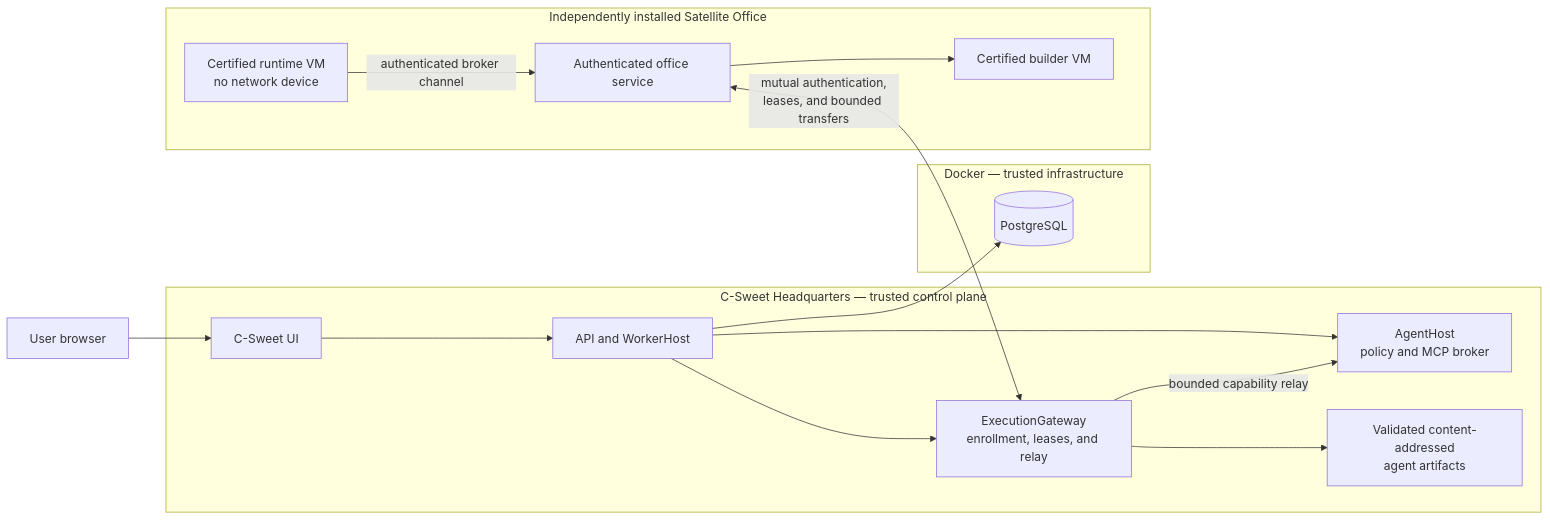
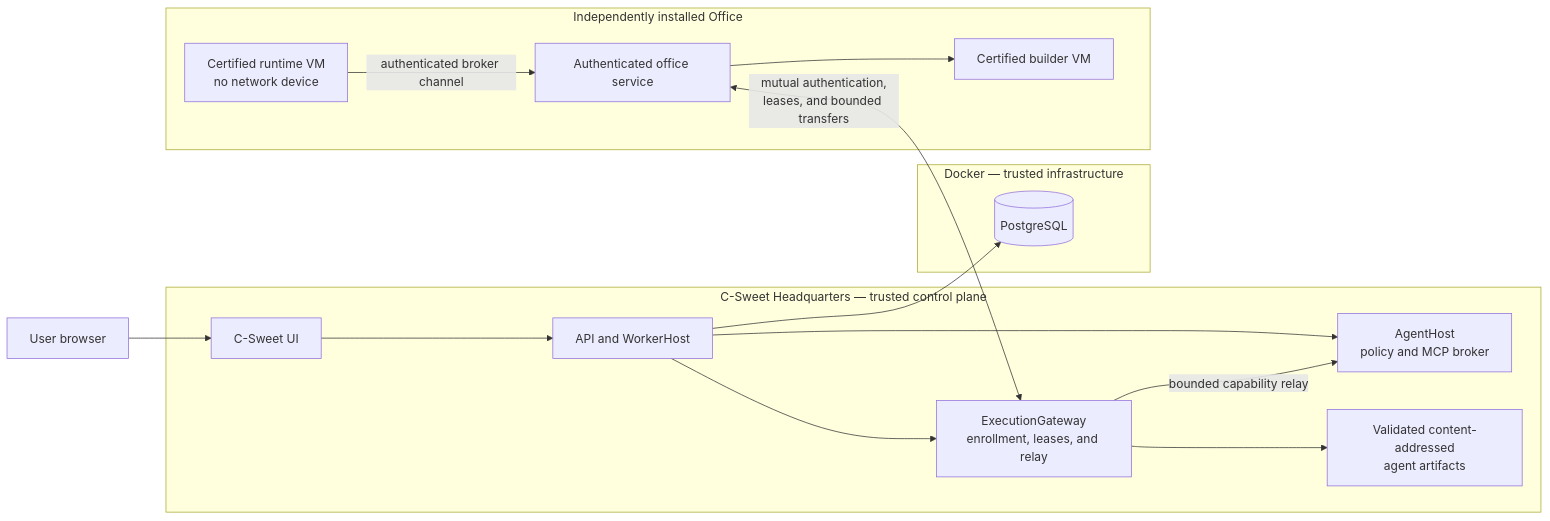
The second of 2 diagrams in README.md (CrosswiredStudios/C-Sweet), drawn with Mermaid before and after one commit. The commit also changed other lines of this file and 67 other files, not shown here.

````diff
--- a/README.md
+++ b/README.md
@@ -199,33 +199,33 @@
 ```mermaid
 flowchart LR
     User["User browser"]
 
     subgraph HQ["C-Sweet Headquarters — trusted control plane"]
         App["C-Sweet UI"]
         API["API and WorkerHost"]
         AgentHost["AgentHost<br/>policy and MCP broker"]
         Gateway["ExecutionGateway<br/>enrollment, leases, and relay"]
         ArtifactStore["Validated content-addressed<br/>agent artifacts"]
         App --> API
         API --> AgentHost
         API --> Gateway
         Gateway --> ArtifactStore
     end
 
     subgraph Docker["Docker — trusted infrastructure"]
         Postgres[("PostgreSQL")]
     end
 
-    subgraph Office["Independently installed Satellite Office"]
+    subgraph Office["Independently installed Office"]
         OfficeService["Authenticated office service"]
         BuilderGuest["Certified builder VM"]
         RuntimeGuest["Certified runtime VM<br/>no network device"]
         OfficeService --> BuilderGuest
         RuntimeGuest -->|"authenticated broker channel"| OfficeService
     end
 
     User --> App
     API --> Postgres
     OfficeService <-->|"mutual authentication,<br/>leases, and bounded transfers"| Gateway
     Gateway -->|"bounded capability relay"| AgentHost
 ```
````
